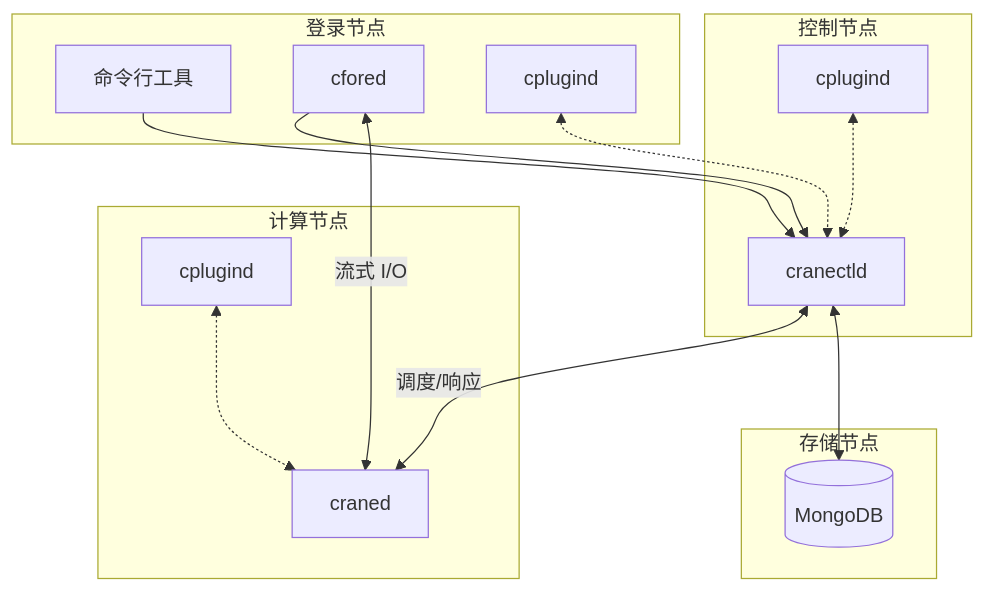
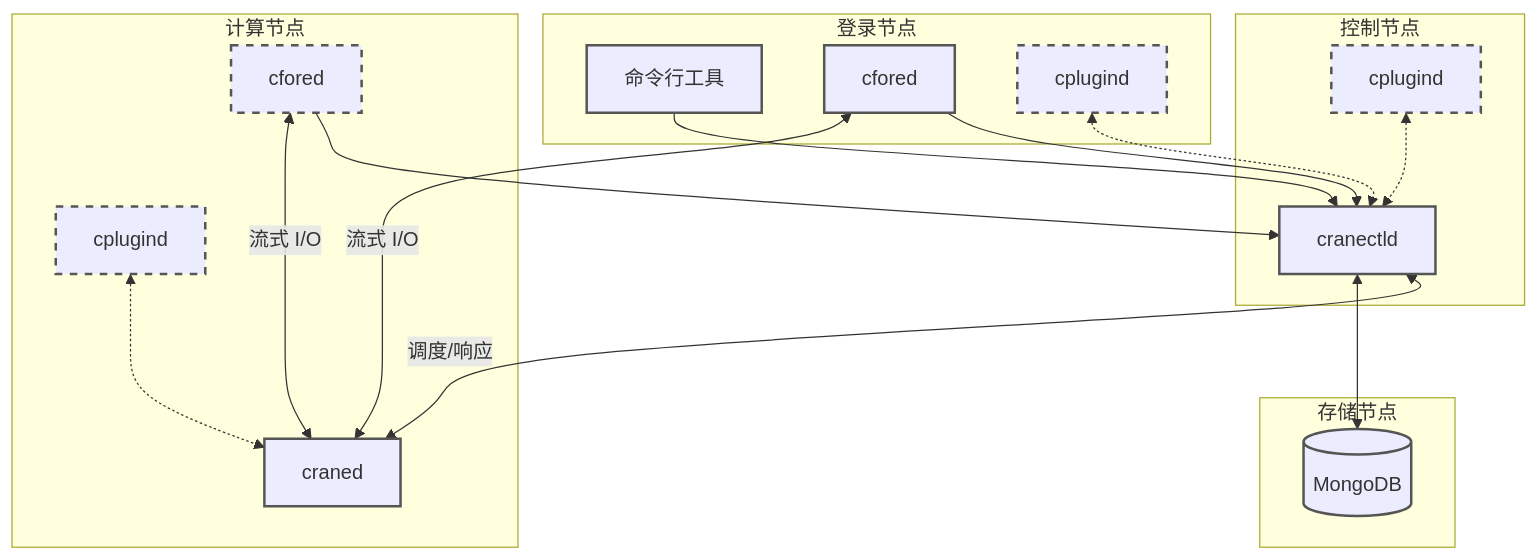
One commit to PKUHPC/CraneSched changed the diagram in docs/zh/deployment/index.md. Above: the diagram before and after it, drawn with Mermaid. The commit also changed other lines of this file and 1 other file, not shown here.

Commit message:
docs: Update deployment guide to clarify optional components and their usage

````diff
--- a/docs/zh/deployment/index.md
+++ b/docs/zh/deployment/index.md
@@ -20,34 +24,55 @@
 ```mermaid
 graph TB
+    %% === 节点定义 ===
     subgraph 登录节点
         CLIs[命令行工具]
         cfored_login[cfored]
         cplugind_login[cplugind]
     end
 
     subgraph 控制节点
         cranectld[cranectld]
         cplugind_ctrl[cplugind]
     end
 
     subgraph 计算节点
         craned[craned]
+        cfored_compute[cfored]
         cplugind_compute[cplugind]
     end
 
     subgraph 存储节点
         mongodb[(MongoDB)]
     end
 
-    %% 通信关系
+    %% === 通信关系 ===
     CLIs --> cranectld
     cfored_login --> cranectld
     cfored_login <-->|流式 I/O| craned
+    cfored_compute --> cranectld
+    cfored_compute <-->|流式 I/O| craned
     cranectld <-->|调度/响应| craned
     cranectld <--> mongodb
 
     %% 插件连接
     cplugind_ctrl <-.-> cranectld
     cplugind_login <-.-> cranectld
     cplugind_compute <-.-> craned
+
+    %% === 样式定义 ===
+    %% 必选组件：深灰实线
+    classDef required stroke:#555,stroke-width:2px;
+
+    %% 可选组件：深灰虚线
+    classDef optional stroke:#555,stroke-dasharray: 6 6, stroke-width:2px;
+
+    %% 指定可选组件（所有 cplugind）
+    class cplugind_login optional;
+    class cplugind_ctrl optional;
+    class cplugind_compute optional;
+    class cfored_compute optional;
+
+    %% 其他均为必选组件
+    class CLIs,cfored_login,cranectld,craned,mongodb required;
+
 ```
````
